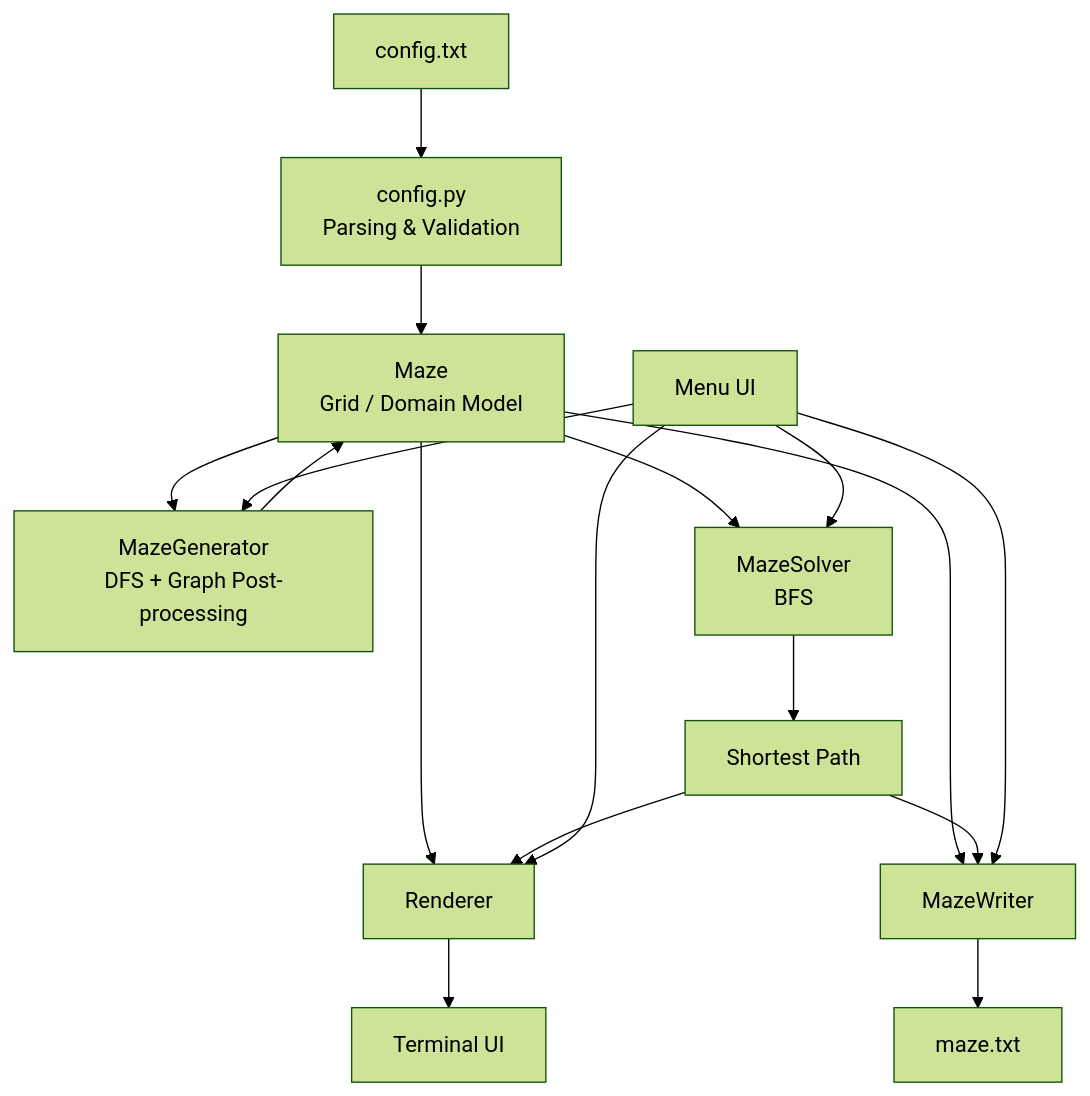
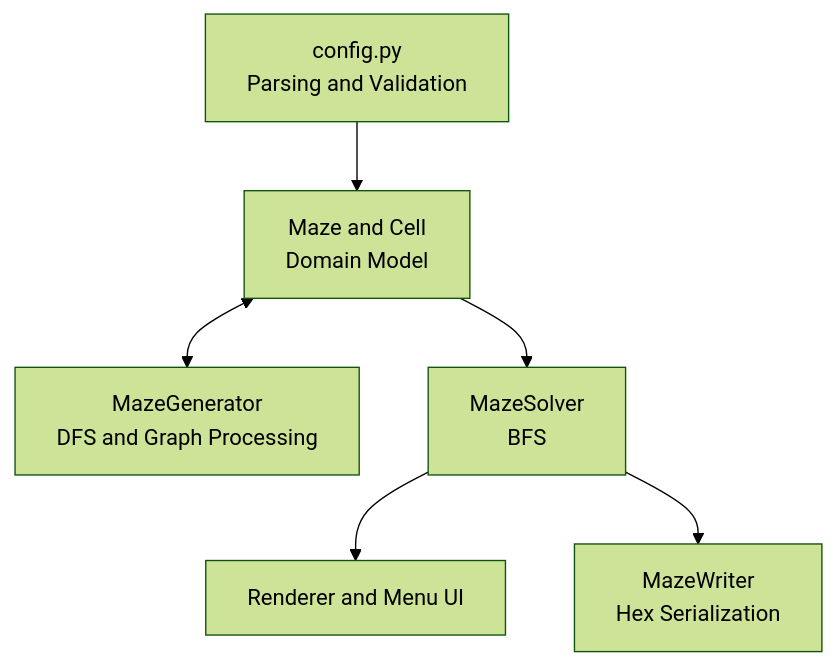
The second of 2 diagrams in README.md (shoffman010/A_MAZE_ING), drawn with Mermaid (forest theme) before and after one commit. The commit also changed other lines of this file and 8 other files, not shown here.

````diff
--- a/README.md
+++ b/README.md
@@ -528,25 +158,8 @@
 ```mermaid
 flowchart TD
-    CONFIG["config.txt"] --> PARSER["config.py<br/>Parsing & Validation"]
-
-    PARSER --> MAZE["Maze<br/>Grid / Domain Model"]
-
-    MAZE --> GENERATOR["MazeGenerator<br/>DFS + Graph Post-processing"]
-    GENERATOR --> MAZE
-
+    CFG["config.py<br/>Parsing and Validation"] --> MAZE["Maze and Cell<br/>Domain Model"]
+    MAZE <--> GEN["MazeGenerator<br/>DFS and Graph Processing"]
     MAZE --> SOLVER["MazeSolver<br/>BFS"]
-    SOLVER --> PATH["Shortest Path"]
-
-    MAZE --> RENDERER["Renderer"]
-    PATH --> RENDERER
-    RENDERER --> TERMINAL["Terminal UI"]
-
-    MAZE --> WRITER["MazeWriter"]
-    PATH --> WRITER
-    WRITER --> OUTPUT["maze.txt"]
-
-    MENU["Menu UI"] --> GENERATOR
-    MENU --> SOLVER
-    MENU --> RENDERER
-    MENU --> WRITER
+    SOLVER --> UI["Renderer and Menu UI"]
+    SOLVER --> WRITER["MazeWriter<br/>Hex Serialization"]
 ```
````
